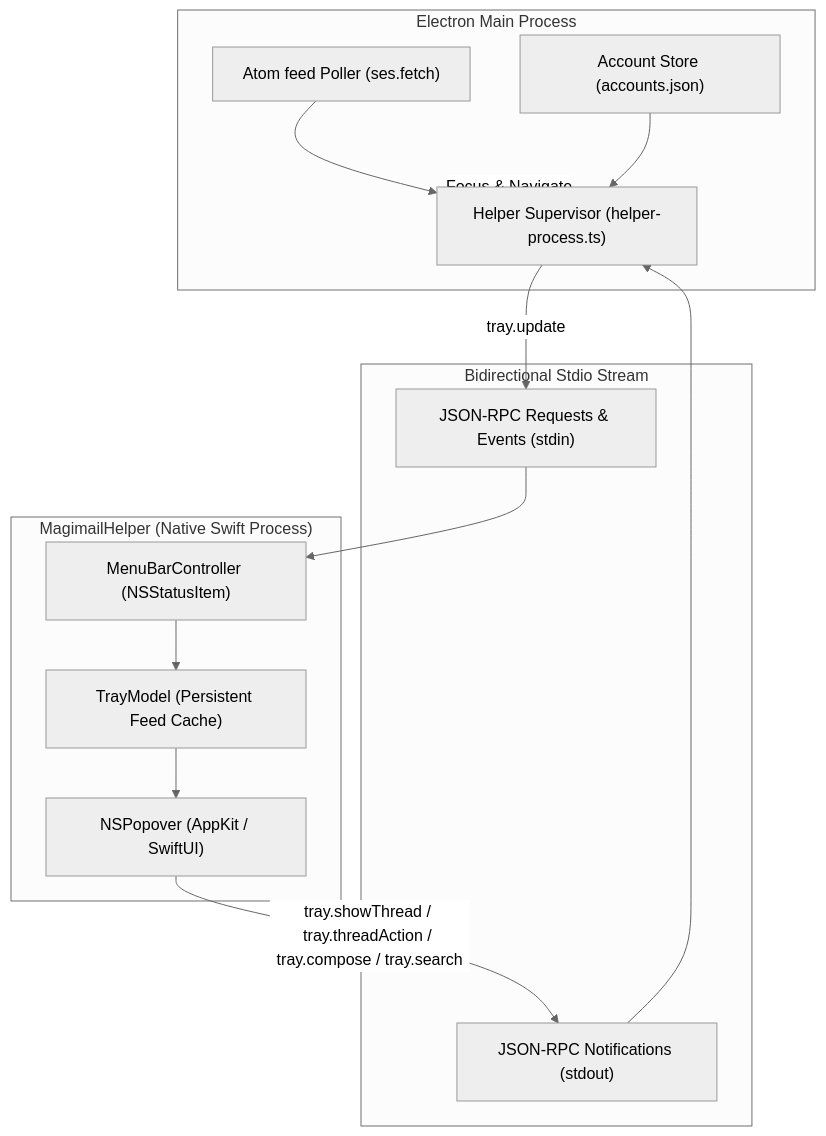
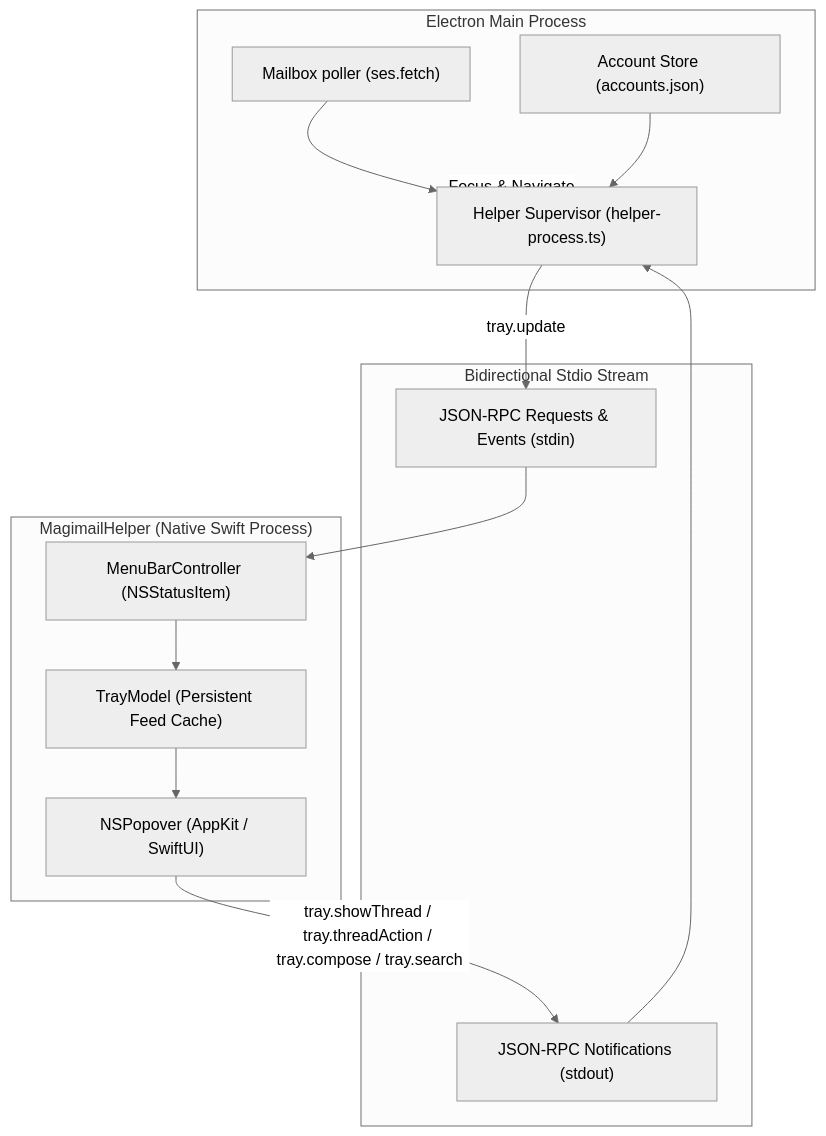
Before and after one commit to alxhslm/magic-apps: the first of 2 diagrams in docs/magimail/menu-bar.md, drawn with Mermaid (neutral theme). The commit also changed other lines of this file and 26 other files, not shown here.

Commit message:
fix(magimail): reconcile Atom feed and local cache via UnreadLedger (#32)

````diff
--- a/docs/magimail/menu-bar.md
+++ b/docs/magimail/menu-bar.md
@@ -11,30 +11,30 @@
 ```mermaid
 flowchart TD
     subgraph Electron["Electron Main Process"]
-        Poller["Atom feed Poller (ses.fetch)"]
+        Poller["Mailbox poller (ses.fetch)"]
         Store["Account Store (accounts.json)"]
         Supervisor["Helper Supervisor (helper-process.ts)"]
     end
 
     subgraph IPC["Bidirectional Stdio Stream"]
         JSON_IN["JSON-RPC Requests & Events (stdin)"]
         JSON_OUT["JSON-RPC Notifications (stdout)"]
     end
 
     subgraph Swift["MagimailHelper (Native Swift Process)"]
         Controller["MenuBarController (NSStatusItem)"]
         Popover["NSPopover (AppKit / SwiftUI)"]
         Model["TrayModel (Persistent Feed Cache)"]
     end
 
     Poller --> Supervisor
     Store --> Supervisor
     Supervisor -->|tray.update| JSON_IN
     JSON_IN --> Controller
     Controller --> Model
     Model --> Popover
 
     Popover -->|tray.showThread / tray.threadAction / tray.compose / tray.search| JSON_OUT
     JSON_OUT --> Supervisor
     Supervisor -->|Focus & Navigate| Electron
 ```
````
